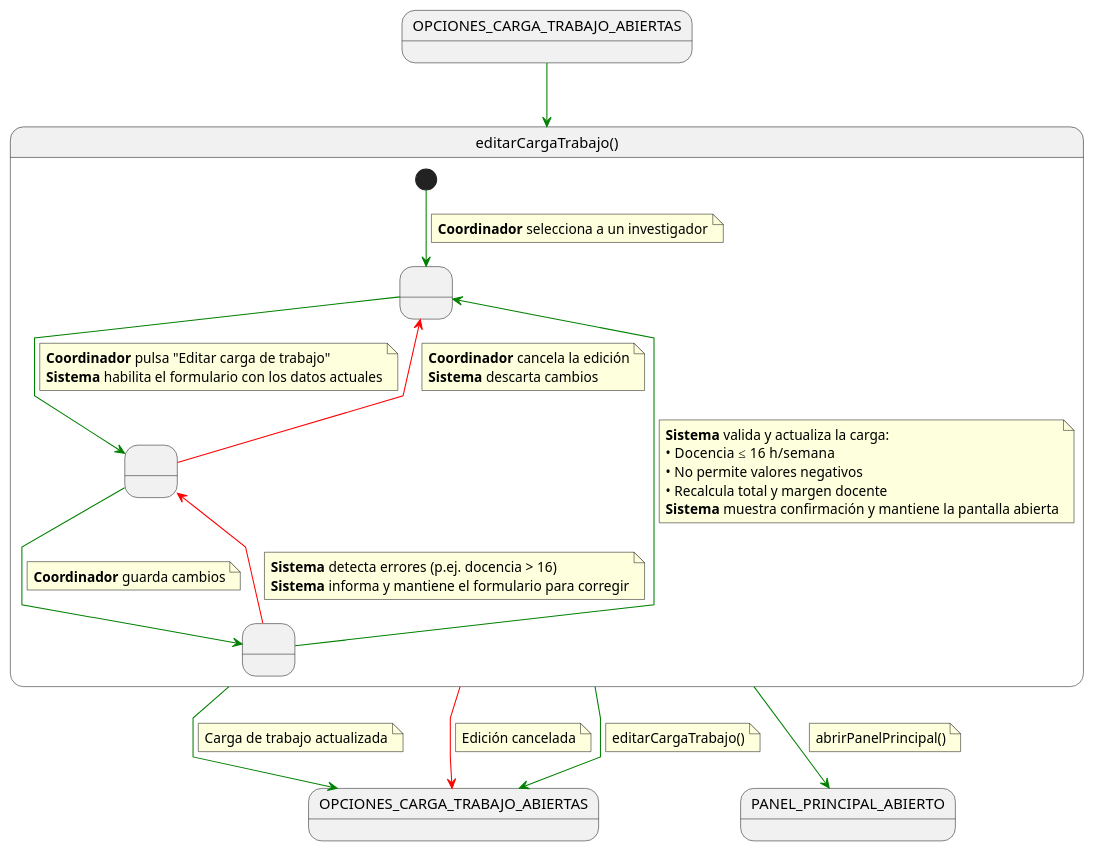
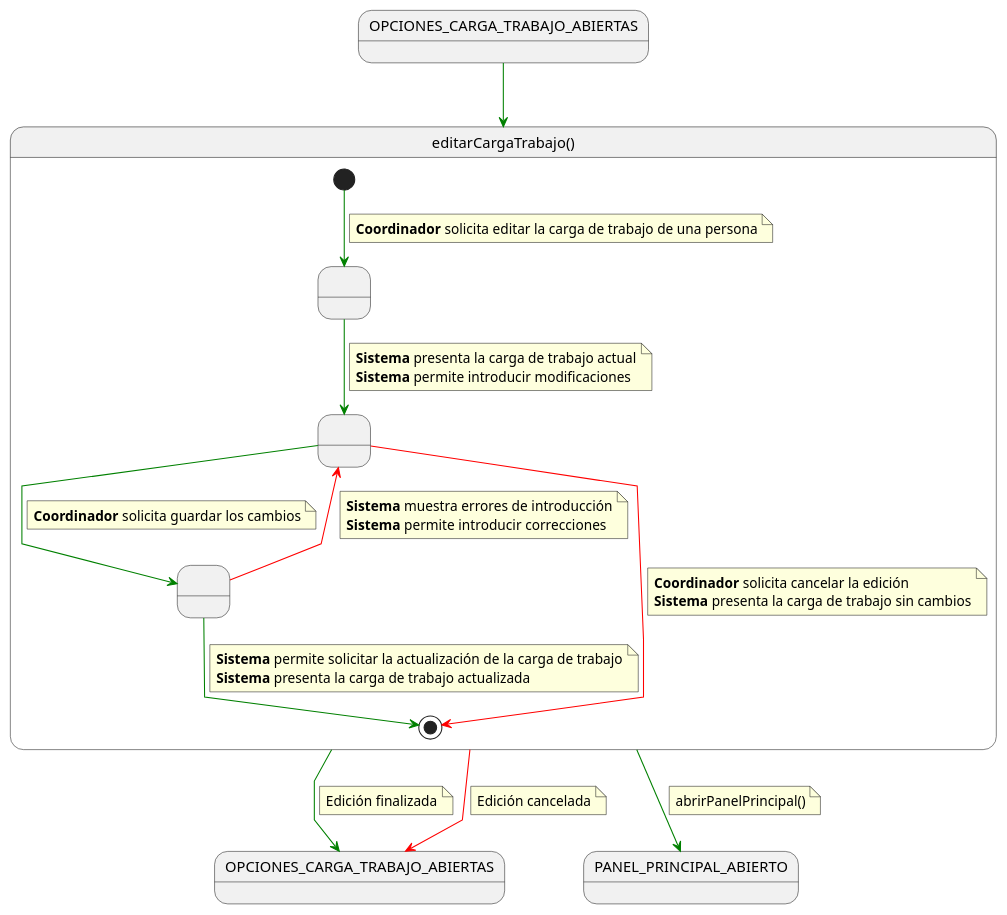
The diagram in documents/casosDeUso/detalle/coordinador/06-carga-trabajo/editarCargaTrabajo/editarCargaTrabajo.puml (31Diego/25-26-IdSw1-SdR), drawn with PlantUML before and after one commit. The commit also changed 38 other files, not shown here.

```diff
--- a/documents/casosDeUso/detalle/coordinador/06-carga-trabajo/editarCargaTrabajo/editarCargaTrabajo.puml
+++ b/documents/casosDeUso/detalle/coordinador/06-carga-trabajo/editarCargaTrabajo/editarCargaTrabajo.puml
@@ -1,71 +1,63 @@
 @startuml editarCargaTrabajo
 skinparam linetype polyline
 
 state in1 as "OPCIONES_CARGA_TRABAJO_ABIERTAS"
 in1 -[#green]-> editarCargaTrabajo
 
 state editarCargaTrabajo as "editarCargaTrabajo()" {
 
     state " " as MostrandoCarga
     state " " as EditandoCarga
-    state " " as Validando
+    state " " as ValidandoDatos
 
     [*] -[#green]-> MostrandoCarga
     note on link
-    <b>Coordinador</b> selecciona a un investigador
+    <b>Coordinador</b> solicita editar la carga de trabajo de una persona
     end note
 
     MostrandoCarga -[#green]-> EditandoCarga
     note on link
-    <b>Coordinador</b> pulsa "Editar carga de trabajo"
-    <b>Sistema</b> habilita el formulario con los datos actuales
+    <b>Sistema</b> presenta la carga de trabajo actual
+    <b>Sistema</b> permite introducir modificaciones
     end note
 
-    EditandoCarga -[#green]-> Validando
+    EditandoCarga -[#green]-> ValidandoDatos
     note on link
-    <b>Coordinador</b> guarda cambios
+    <b>Coordinador</b> solicita guardar los cambios
     end note
 
-    Validando -[#green]-> MostrandoCarga
+    ValidandoDatos -[#green]-> [*]
     note on link
-    <b>Sistema</b> valida y actualiza la carga:
-    • Docencia ≤ 16 h/semana
-    • No permite valores negativos
-    • Recalcula total y margen docente
-    <b>Sistema</b> muestra confirmación y mantiene la pantalla abierta
+    <b>Sistema</b> permite solicitar la actualización de la carga de trabajo
+    <b>Sistema</b> presenta la carga de trabajo actualizada
     end note
 
-    Validando -[#red]-> EditandoCarga
+    ValidandoDatos -[#red]-> EditandoCarga
     note on link
-    <b>Sistema</b> detecta errores (p.ej. docencia > 16)
-    <b>Sistema</b> informa y mantiene el formulario para corregir
+    <b>Sistema</b> muestra errores de introducción
+    <b>Sistema</b> permite introducir correcciones
     end note
 
-    EditandoCarga -[#red]-> MostrandoCarga
+    EditandoCarga -[#red]-> [*]
     note on link
-    <b>Coordinador</b> cancela la edición
-    <b>Sistema</b> descarta cambios
+    <b>Coordinador</b> solicita cancelar la edición
+    <b>Sistema</b> presenta la carga de trabajo sin cambios
     end note
 }
 
 editarCargaTrabajo -[#green]-> OPCIONES_CARGA_TRABAJO_ABIERTAS
 note on link
-Carga de trabajo actualizada
+Edición finalizada
 end note
 
 editarCargaTrabajo -[#red]-> OPCIONES_CARGA_TRABAJO_ABIERTAS
 note on link
 Edición cancelada
-end note
-
-editarCargaTrabajo -[#green]-> OPCIONES_CARGA_TRABAJO_ABIERTAS
-note on link
-editarCargaTrabajo()
 end note
 
 editarCargaTrabajo -[#green]-> PANEL_PRINCIPAL_ABIERTO
 note on link
 abrirPanelPrincipal()
 end note
 
 @enduml
```
